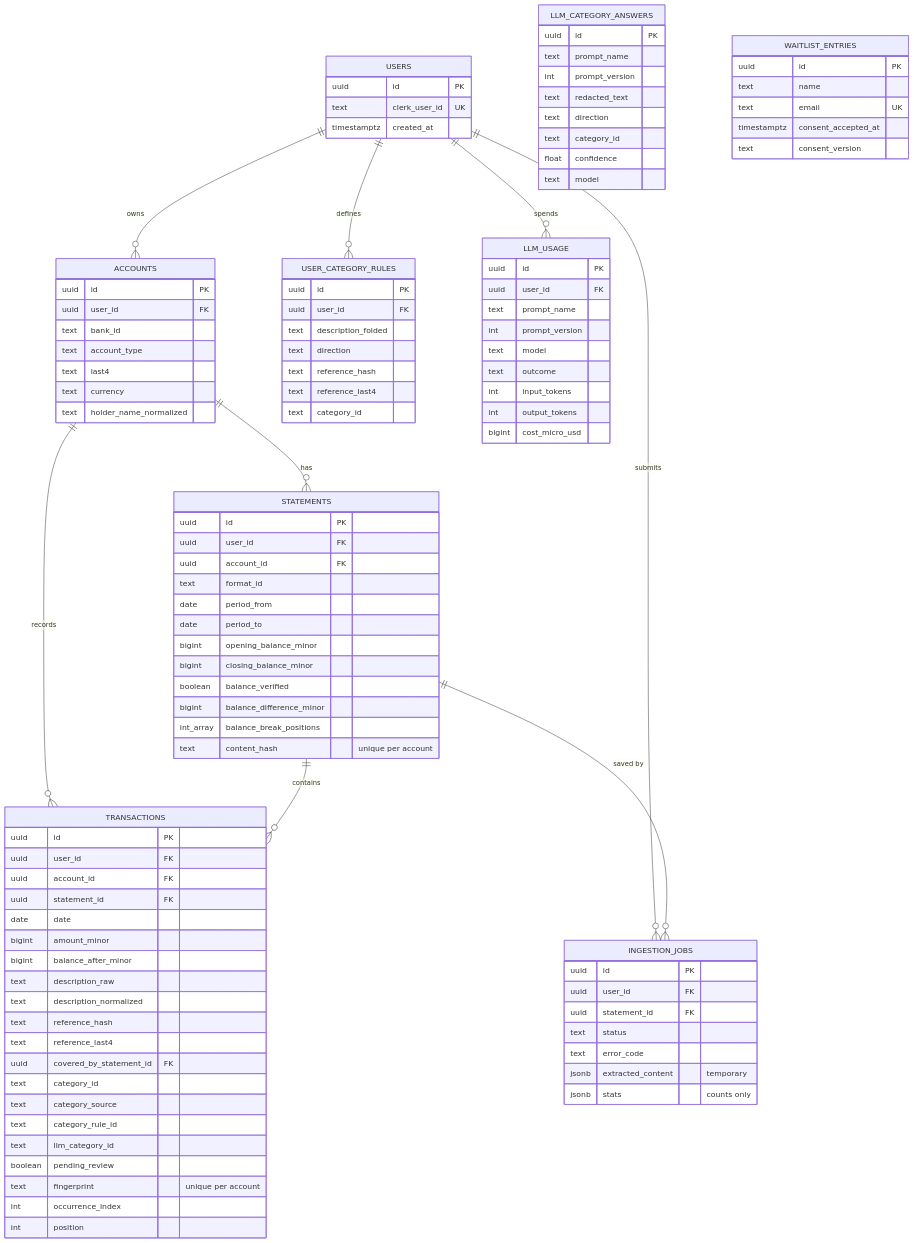
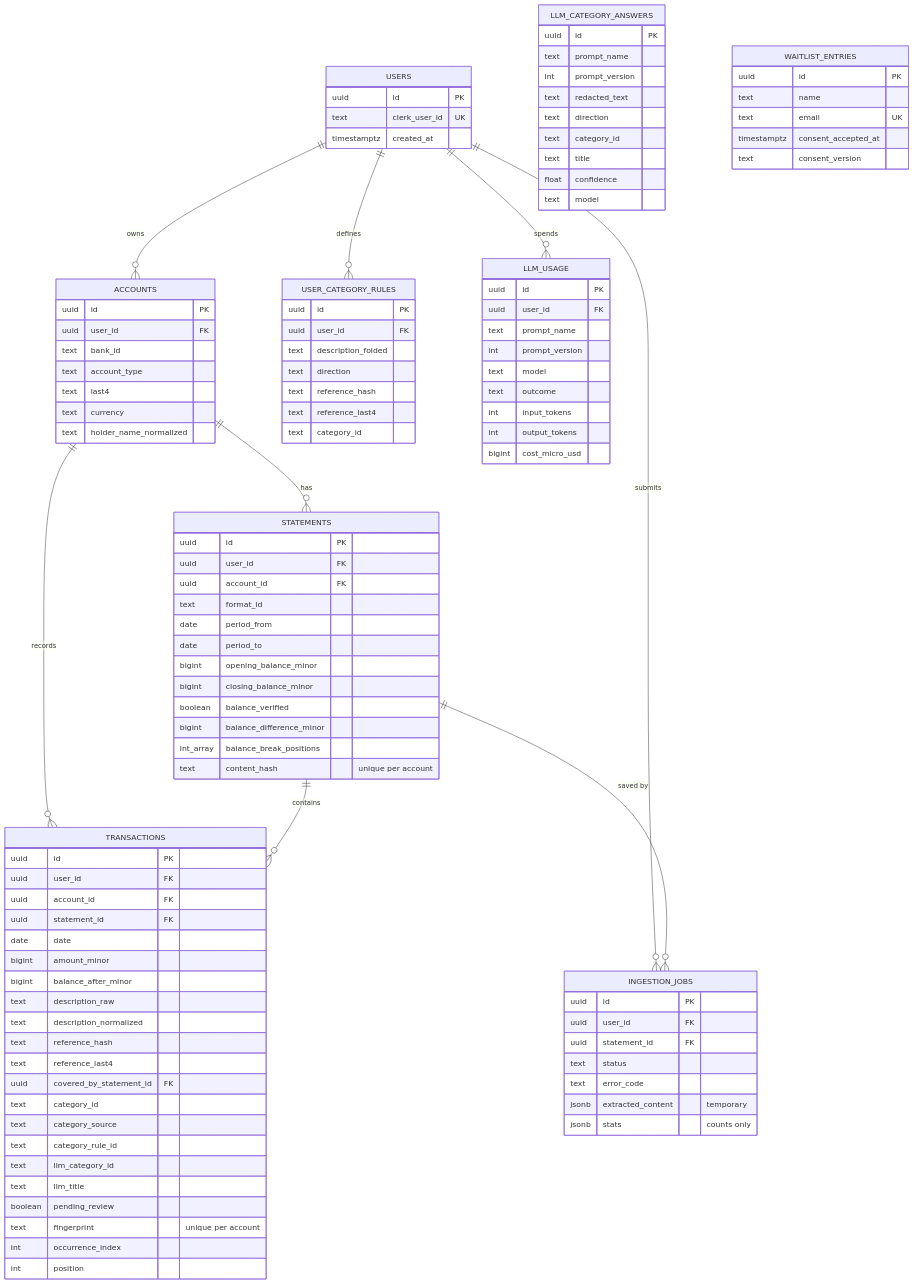
Before and after one commit to ingcarlostello/xtrakto: the third of 7 diagrams in docs/ARCHITECTURE.md, drawn with Mermaid. The commit also changed other lines of this file and 35 other files, not shown here.

```diff
--- a/docs/ARCHITECTURE.md
+++ b/docs/ARCHITECTURE.md
@@ -226,6 +226,7 @@
         text category_source
         text category_rule_id
         text llm_category_id
+        text llm_title
         boolean pending_review
         text fingerprint "unique per account"
         int occurrence_index
@@ -267,6 +268,7 @@
         text redacted_text
         text direction
         text category_id
+        text title
         float confidence
         text model
     }
```
